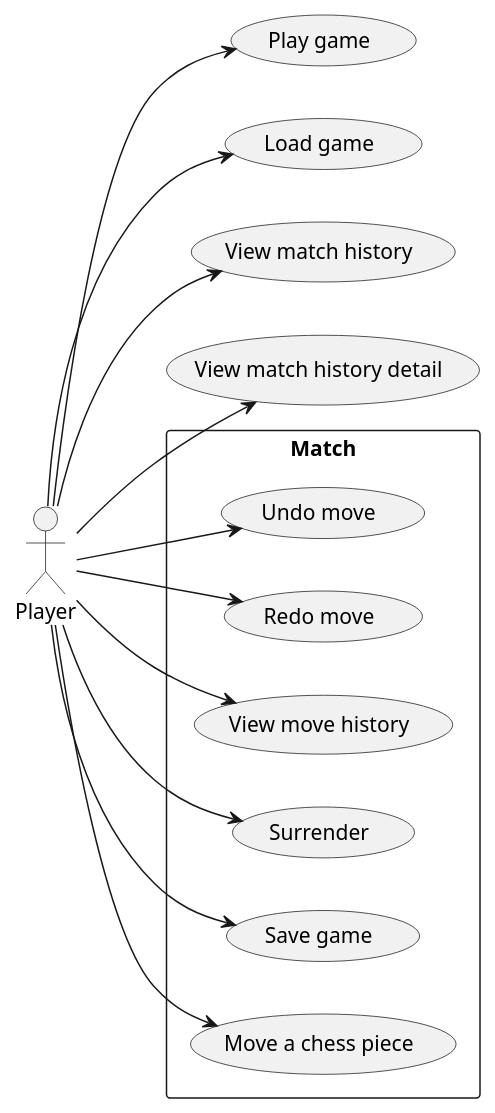
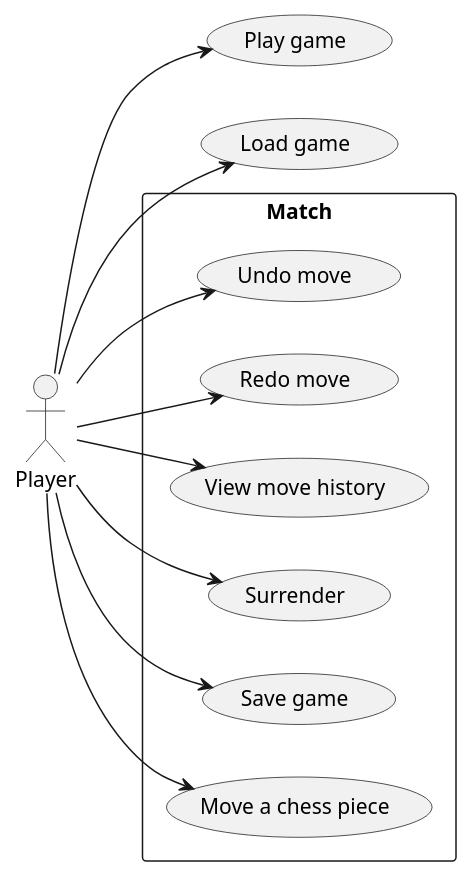
Before and after one commit to duyhq-zee1/chess-game: the diagram in use-case-diagram.puml, drawn with PlantUML. The commit also changed 5 other files, not shown here.

```diff
--- a/use-case-diagram.puml
+++ b/use-case-diagram.puml
@@ -1,35 +1,32 @@
 @startuml "Use case"
 left to right direction
 
 actor Player
 
 
 rectangle Match {
   
   usecase "Undo move" as undoMove
   usecase "Redo move" as redoMove
   usecase "View move history" as viewMoveHistory
   usecase "Surrender" as surrender
   usecase "Save game" as saveGame
   usecase "Move a chess piece" as moveAChess
 
   Player --> undoMove
   Player --> redoMove
   Player --> viewMoveHistory
   Player --> surrender
   Player --> saveGame
   Player --> moveAChess
 
 }
 
 usecase "Play game" as playGame
 usecase "Load game" as loadGame
-usecase "View match history" as viewMatchHistory
-usecase "View match history detail" as viewDetailMatchHistory
 
 Player --> playGame
 Player --> loadGame
-Player --> viewMatchHistory
-Player --> viewDetailMatchHistory
+
 
 @enduml
```
